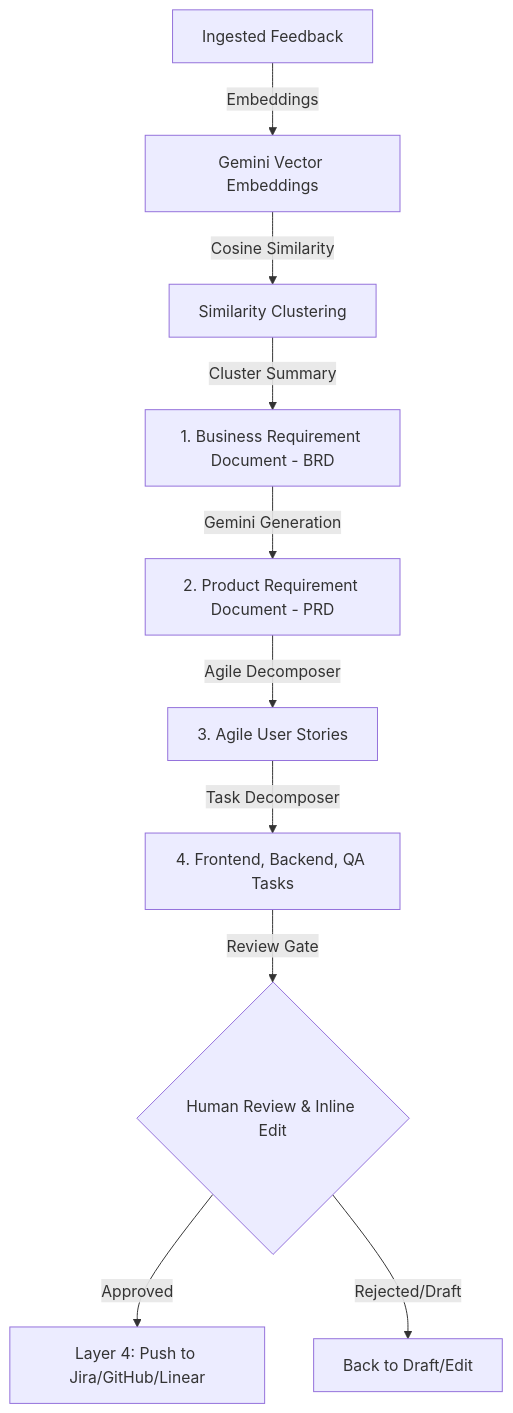
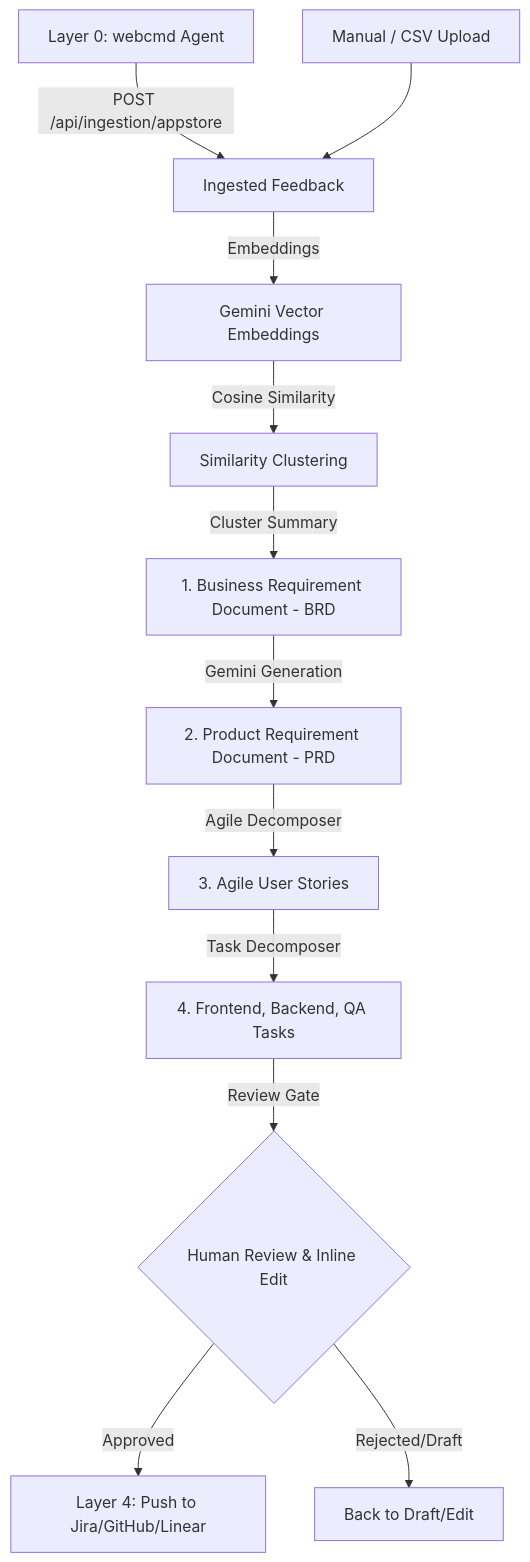
One commit to Saurabh-1785/Producty changed the diagram in README.md. Above: the diagram before and after it, drawn with Mermaid. The commit also changed other lines of this file, not shown here.

Commit message:
feat: add Layer 0 for autonomous Google Play Store review ingestion using webcmd

````diff
--- a/README.md
+++ b/README.md
@@ -49,12 +79,14 @@
 ```mermaid
 graph TD
-    Raw[Ingested Feedback] -->|Embeddings| Emb[Gemini Vector Embeddings]
+    L0["Layer 0: webcmd Agent"] -->|POST /api/ingestion/appstore| Raw[Ingested Feedback]
+    Manual[Manual / CSV Upload] --> Raw
+    Raw -->|Embeddings| Emb[Gemini Vector Embeddings]
     Emb -->|Cosine Similarity| Clust[Similarity Clustering]
-    Clust -->|Cluster Summary| BRD[1. Business Requirement Document - BRD]
-    BRD -->|Gemini Generation| PRD[2. Product Requirement Document - PRD]
-    PRD -->|Agile Decomposer| Stories[3. Agile User Stories]
-    Stories -->|Task Decomposer| Tasks[4. Frontend, Backend, QA Tasks]
+    Clust -->|Cluster Summary| BRD["1. Business Requirement Document - BRD"]
+    BRD -->|Gemini Generation| PRD["2. Product Requirement Document - PRD"]
+    PRD -->|Agile Decomposer| Stories["3. Agile User Stories"]
+    Stories -->|Task Decomposer| Tasks["4. Frontend, Backend, QA Tasks"]
     Tasks -->|Review Gate| Review{Human Review & Inline Edit}
-    Review -->|Approved| Publish[Layer 4: Push to Jira/GitHub/Linear]
+    Review -->|Approved| Publish["Layer 4: Push to Jira/GitHub/Linear"]
     Review -->|Rejected/Draft| Edit[Back to Draft/Edit]
 ```
````
